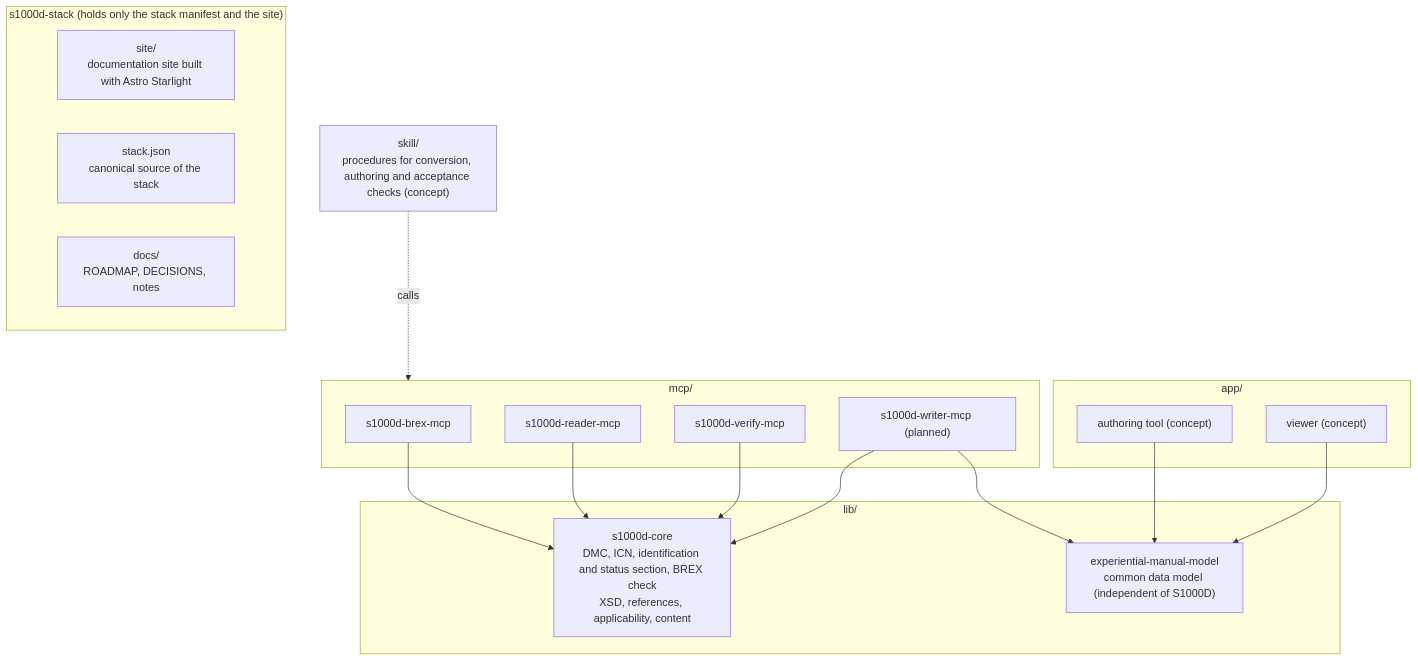
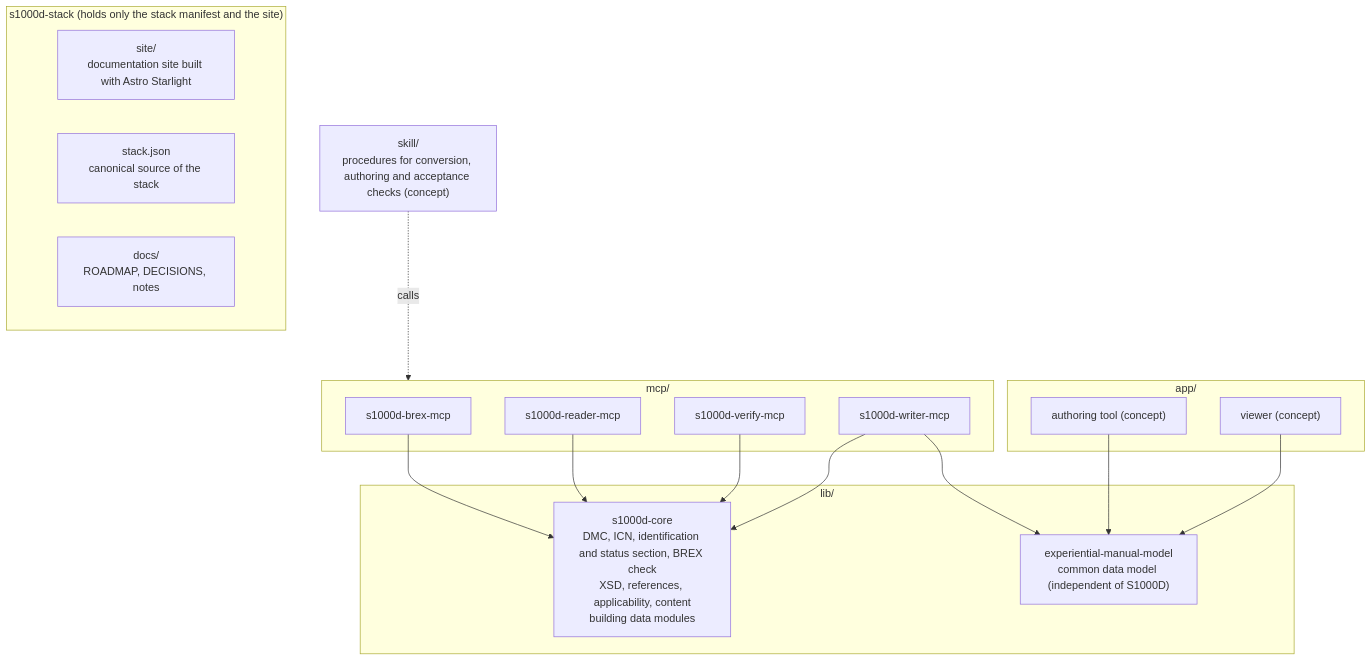
The diagram in README.md (shuji-bonji/s1000d-stack), drawn with Mermaid before and after one commit. The commit also changed other lines of this file and 24 other files, not shown here.

Commit message:
fix:  s1000d-writer-mcp リリースとv0.1.1への追随

````diff
--- a/README.md
+++ b/README.md
@@ -31,31 +32,31 @@
 ```mermaid
 flowchart TB
   subgraph Hub["s1000d-stack (holds only the stack manifest and the site)"]
     SITE["site/<br/>documentation site built with Astro Starlight"]
     STACK["stack.json<br/>canonical source of the stack"]
     DOCS["docs/<br/>ROADMAP, DECISIONS, notes"]
   end
   subgraph Lib["lib/"]
-    CORE["s1000d-core<br/>DMC, ICN, identification and status section, BREX check<br/>XSD, references, applicability, content"]
+    CORE["s1000d-core<br/>DMC, ICN, identification and status section, BREX check<br/>XSD, references, applicability, content<br/>building data modules"]
     MODEL["experiential-manual-model<br/>common data model (independent of S1000D)"]
   end
   subgraph Mcp["mcp/"]
     BREX["s1000d-brex-mcp"]
     R["s1000d-reader-mcp"]
     V["s1000d-verify-mcp"]
-    W["s1000d-writer-mcp (planned)"]
+    W["s1000d-writer-mcp"]
   end
   subgraph App["app/"]
     ED["authoring tool (concept)"]
     VW["viewer (concept)"]
   end
   SK["skill/<br/>procedures for conversion, authoring and acceptance checks (concept)"]
   BREX --> CORE
   R --> CORE
   V --> CORE
   W --> CORE
   W --> MODEL
   ED --> MODEL
   VW --> MODEL
   SK -.calls.-> Mcp
 ```
````
